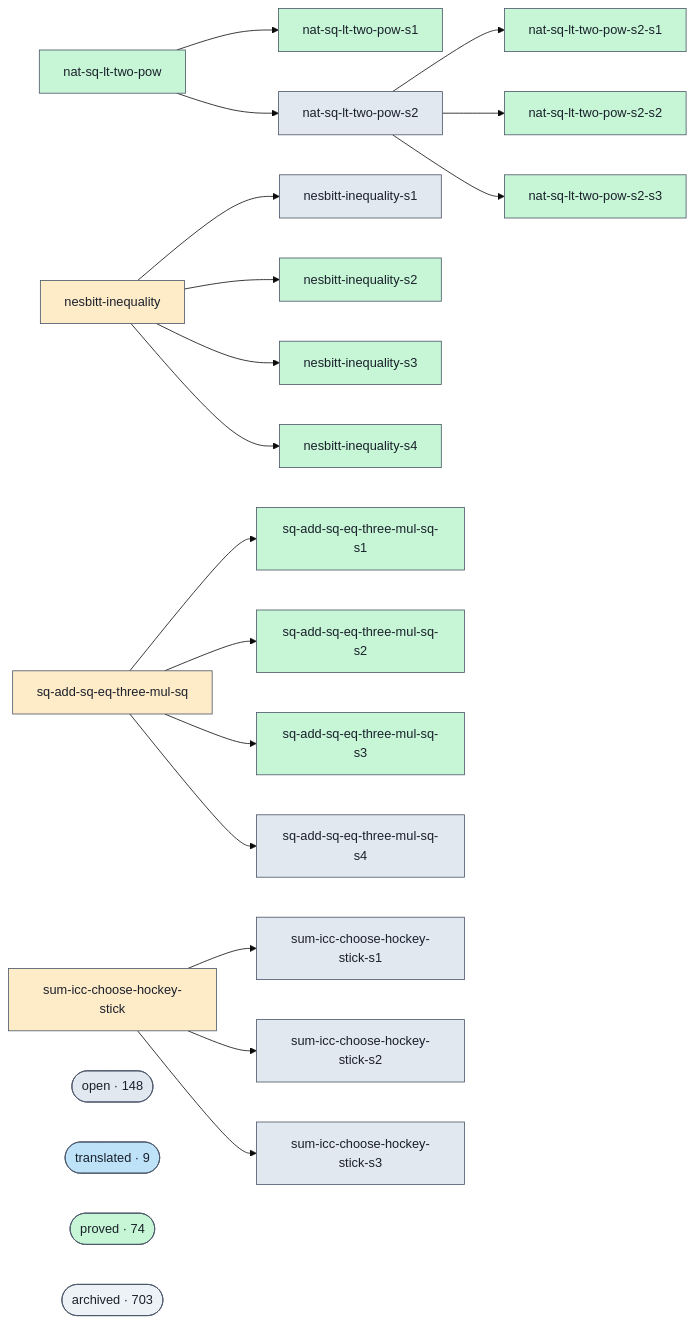
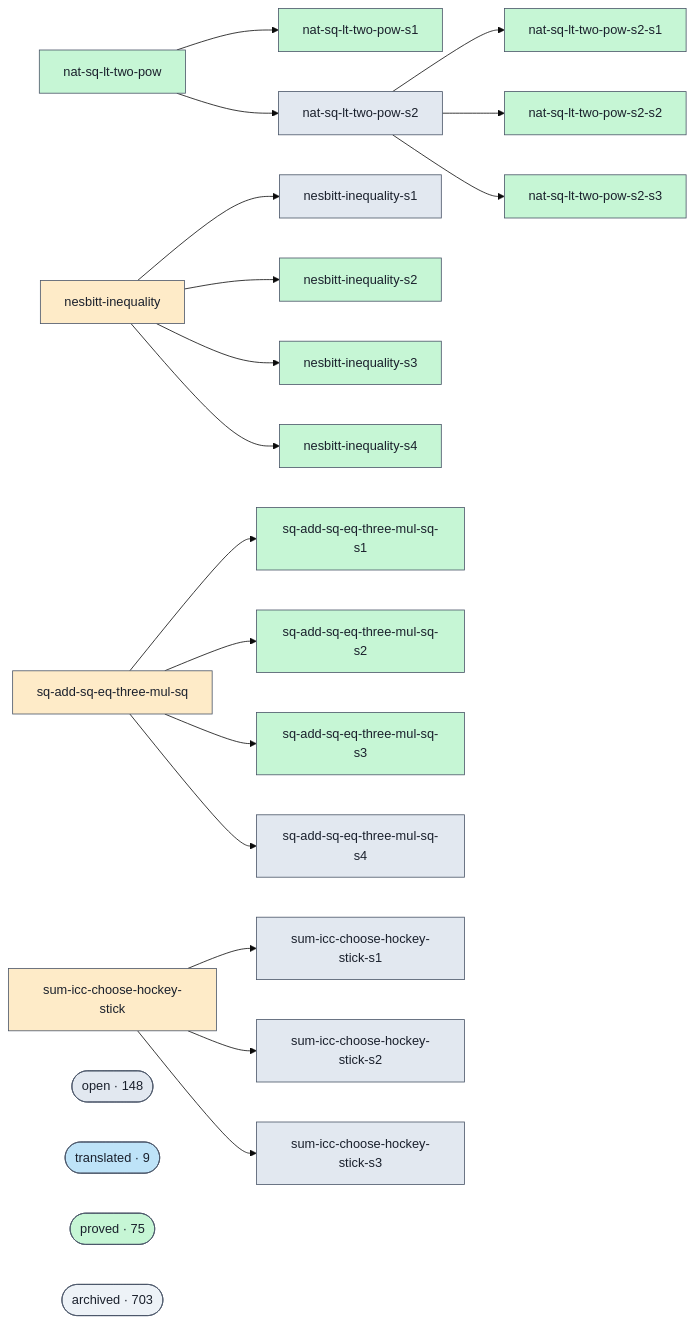
Before and after one commit to Rauxon/unsorry: the diagram in docs/proofs-contributors-visualisation.md, drawn with Mermaid (base theme). The commit also changed other lines of this file and 2 other files, not shown here.

```diff
--- a/docs/proofs-contributors-visualisation.md
+++ b/docs/proofs-contributors-visualisation.md
@@ -102,7 +102,7 @@
   class cluster_open open;
   cluster_translated(["translated · 9"])
   class cluster_translated translated;
-  cluster_proved(["proved · 74"])
+  cluster_proved(["proved · 75"])
   class cluster_proved proved;
   cluster_archived(["archived · 703"])
   class cluster_archived unknown;
```
